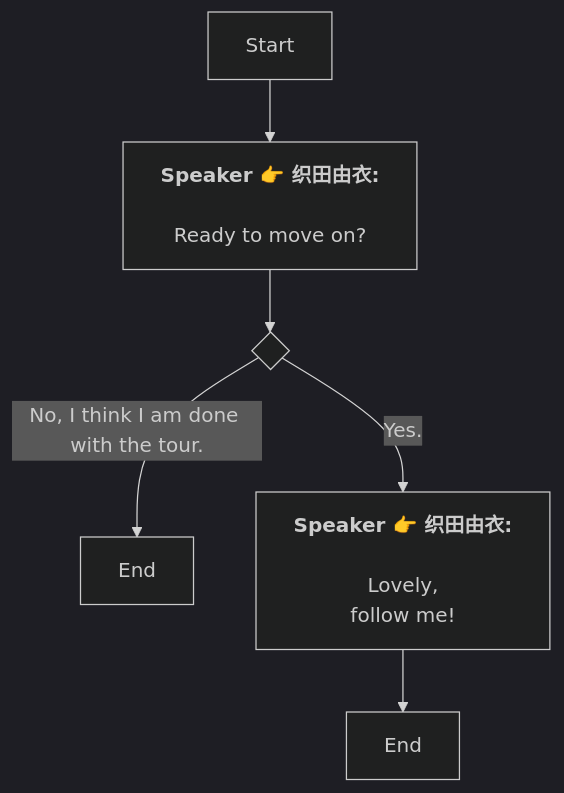
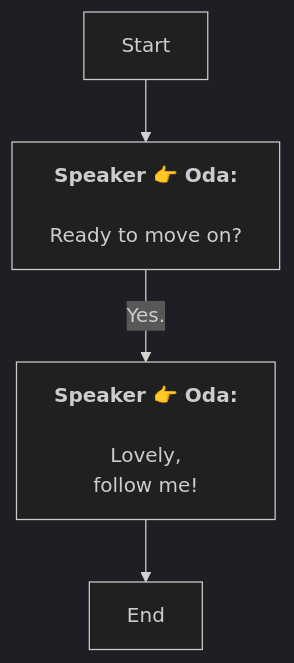
Before and after one commit to SoftHu/tos_avg: the diagram in Zh/QuestTalkObjectiveNode_1772253301929124.md, drawn with Mermaid (dark theme). The commit also changed 737 other files, not shown here.

````diff
--- a/Zh/QuestTalkObjectiveNode_1772253301929124.md
+++ b/Zh/QuestTalkObjectiveNode_1772253301929124.md
@@ -1,14 +1,10 @@
 ```mermaid
 graph
-Start -->1772253432215720[<b>Speaker 👉 织田由衣:</b>
-
-Ready to move on?]
-1772253432215720 -->1772253437340842{ }
-1772253437340842 -->|No, I think I am done with the tour.|1772253809947829[End]
-1772253437340842 -->|Yes.|1772253854676150[<b>Speaker 👉 织田由衣:</b>
-
-Lovely, 
+Start -->1772253432215720[<b>Speaker 👉 Oda:</b>
+\nReady to move on?]
+1772253432215720 -->|Yes.|1772253854676150[<b>Speaker 👉 Oda:</b>
+\nLovely, 
 follow me!]
 1772253854676150 -->1772253434300585[End]
 
- ```
+```
````
